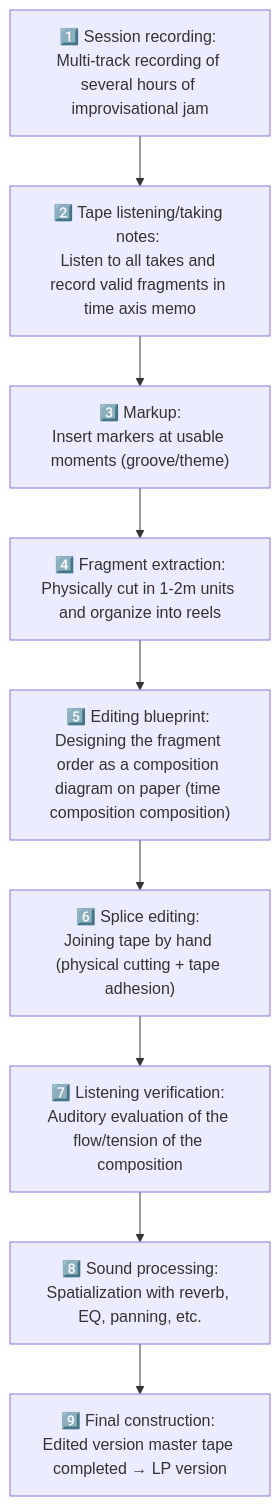
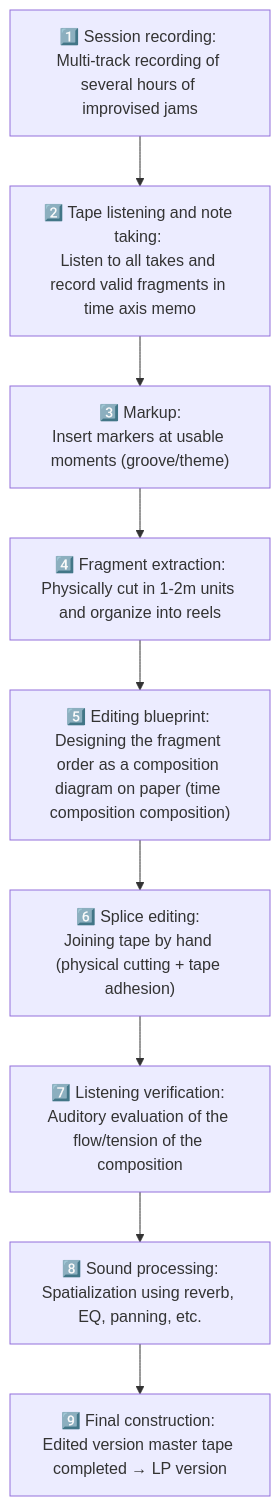
Before and after one commit to monumental-movement/monumental-movement.github.io: the fourth of 12 diagrams in en/_posts/2025-10-28-column-macero-miles.md, drawn with Mermaid. The commit also changed other lines of this file and 1012 other files, not shown here.

```diff
--- a/en/_posts/2025-10-28-column-macero-miles.md
+++ b/en/_posts/2025-10-28-column-macero-miles.md
@@ -197,13 +197,13 @@
 <div class="mermaid">
 
 flowchart TD
-    A["1️⃣ Session recording: <br>Multi-track recording of several hours of improvisational jam"] --> B["2️⃣ Tape listening/taking notes: <br>Listen to all takes and record valid fragments in time axis memo"]
+    A["1️⃣ Session recording: <br>Multi-track recording of several hours of improvised jams"] --> B["2️⃣ Tape listening and note taking: <br>Listen to all takes and record valid fragments in time axis memo"]
     B --> C["3️⃣ Markup:<br>Insert markers at usable moments (groove/theme)"]
     C --> D["4️⃣ Fragment extraction:<br>Physically cut in 1-2m units and organize into reels"]
     D --> E["5️⃣ Editing blueprint: <br>Designing the fragment order as a composition diagram on paper (time composition composition)"]
     E --> F["6️⃣ Splice editing: <br>Joining tape by hand (physical cutting + tape adhesion)"]
     F --> G["7️⃣ Listening verification: <br>Auditory evaluation of the flow/tension of the composition"]
-    G --> H["8️⃣ Sound processing:<br>Spatialization with reverb, EQ, panning, etc."]
+    G --> H["8️⃣ Sound processing:<br>Spatialization using reverb, EQ, panning, etc."]
     H --> I["9️⃣ Final construction: <br>Edited version master tape completed → LP version"]
 
 </div>
```
